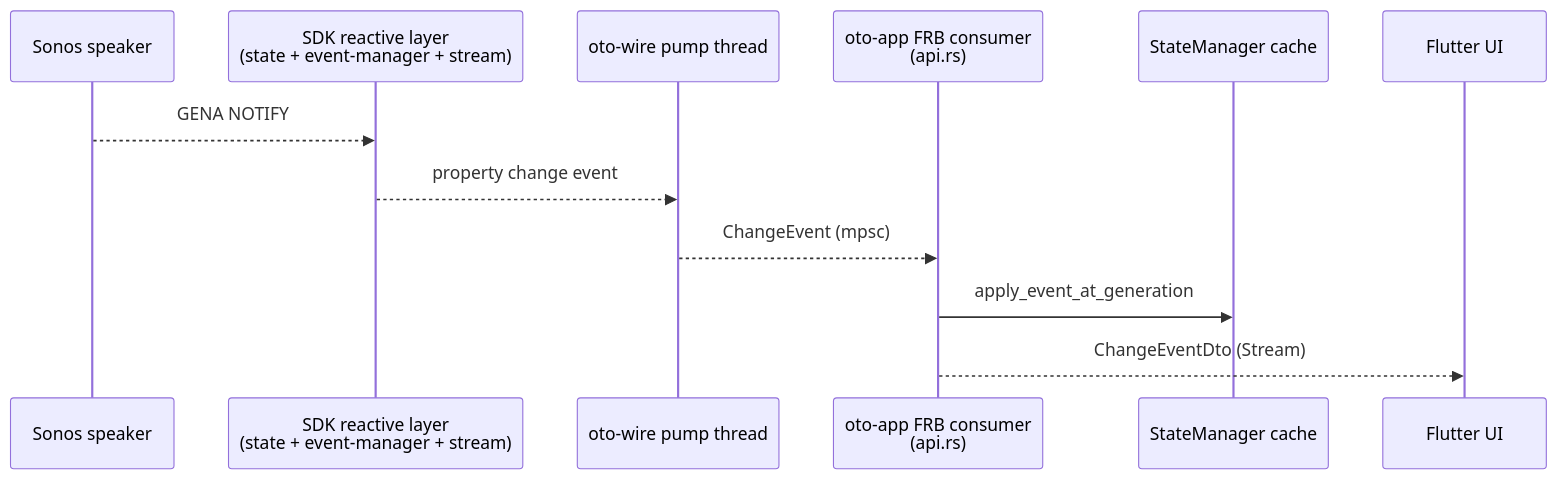
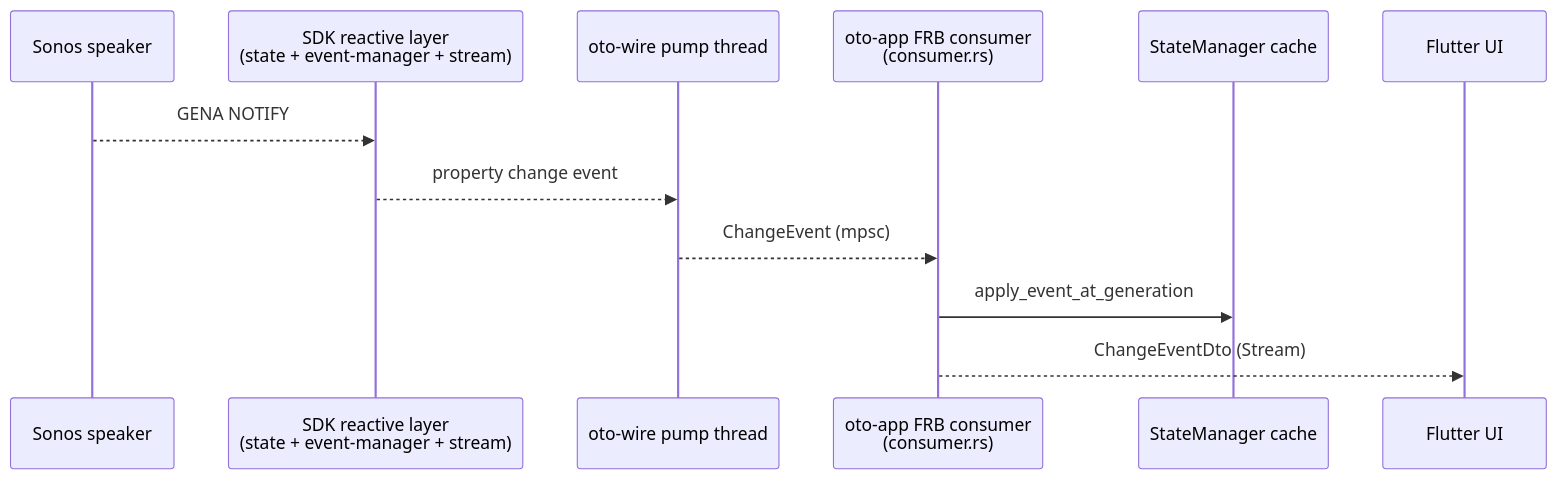
The third of 3 diagrams in docs/ARCHITECTURE.md (Oszkar/oto), drawn with Mermaid before and after one commit. The commit also changed 6 other files, not shown here.

````diff
--- a/docs/ARCHITECTURE.md
+++ b/docs/ARCHITECTURE.md
@@ -201,15 +201,15 @@
 ```mermaid
 sequenceDiagram
     participant K as Sonos speaker
     participant SDK as SDK reactive layer<br/>(state + event-manager + stream)
     participant WP as oto-wire pump thread
-    participant AP as oto-app FRB consumer<br/>(api.rs)
+    participant AP as oto-app FRB consumer<br/>(consumer.rs)
     participant SM as StateManager cache
     participant U as Flutter UI
 
     K-->>SDK: GENA NOTIFY
     SDK-->>WP: property change event
     WP-->>AP: ChangeEvent (mpsc)
     AP->>SM: apply_event_at_generation
     AP-->>U: ChangeEventDto (Stream)
 ```
````
